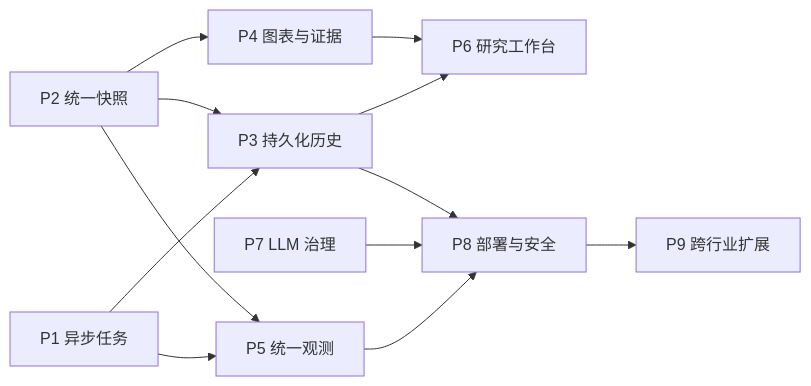
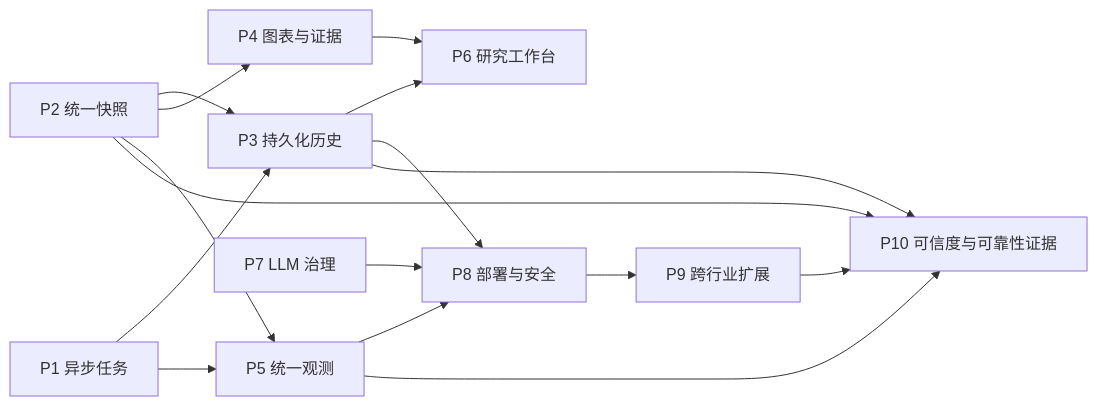
One commit to dr34mf4ll666-dev/-Agent- changed the diagram in ROADMAP.md. Above: the diagram before and after it, drawn with Mermaid. The commit also changed other lines of this file and 34 other files, not shown here.

````diff
--- a/ROADMAP.md
+++ b/ROADMAP.md
@@ -349,14 +350,18 @@
 ```mermaid
 flowchart LR
     P1["P1 异步任务"] --> P3["P3 持久化历史"]
     P2["P2 统一快照"] --> P3
     P2 --> P4["P4 图表与证据"]
     P1 --> P5["P5 统一观测"]
     P2 --> P5
     P3 --> P6["P6 研究工作台"]
     P4 --> P6
     P5 --> P8["P8 部署与安全"]
     P7["P7 LLM 治理"] --> P8
     P3 --> P8
     P8 --> P9["P9 跨行业扩展"]
+    P2 --> P10["P10 可信度与可靠性证据"]
+    P3 --> P10
+    P5 --> P10
+    P9 --> P10
 ```
````
